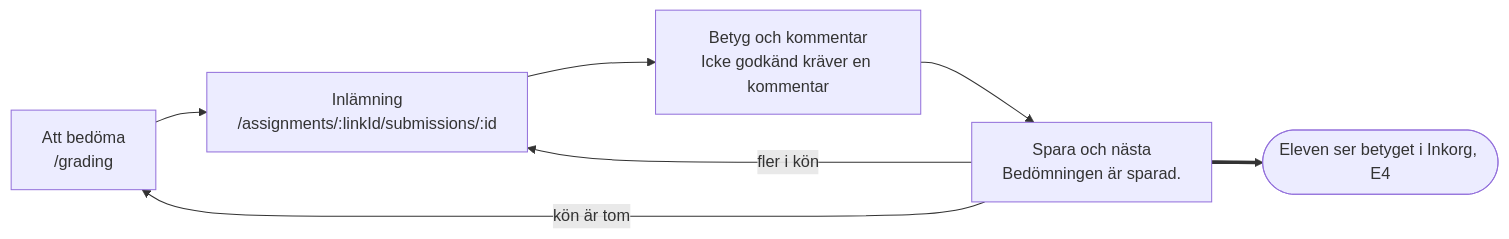
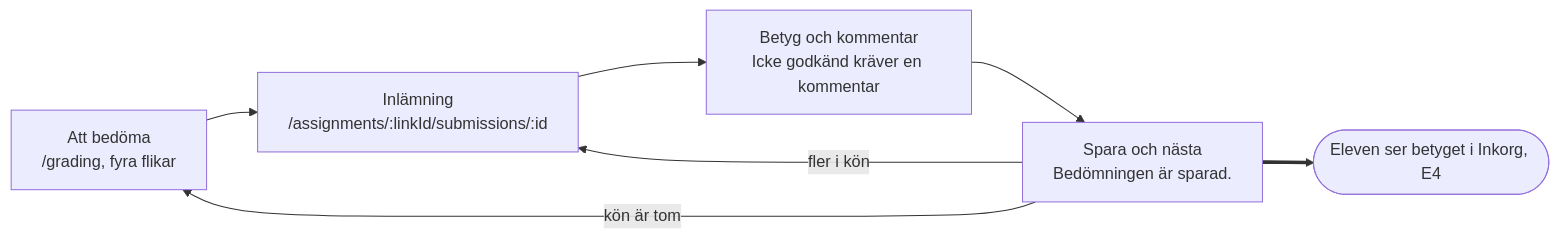
One commit to discovicke/Larka changed the eighth of 14 diagrams in docs/roller-och-floden.md. Above: the diagram before and after it, drawn with Mermaid. The commit also changed other lines of this file and 45 other files, not shown here.

````diff
--- a/docs/roller-och-floden.md
+++ b/docs/roller-och-floden.md
@@ -150,9 +208,9 @@
 ```mermaid
 flowchart LR
-    A["Att bedöma<br/>/grading"] --> B["Inlämning<br/>/assignments/:linkId/submissions/:id"]
+    A["Att bedöma<br/>/grading, fyra flikar"] --> B["Inlämning<br/>/assignments/:linkId/submissions/:id"]
     B --> C["Betyg och kommentar<br/>Icke godkänd kräver en kommentar"]
     C --> D["Spara och nästa<br/>Bedömningen är sparad."]
     D -->|"fler i kön"| B
     D -->|"kön är tom"| A
     D ==> E(["Eleven ser betyget i Inkorg, E4"])
 ```
````
